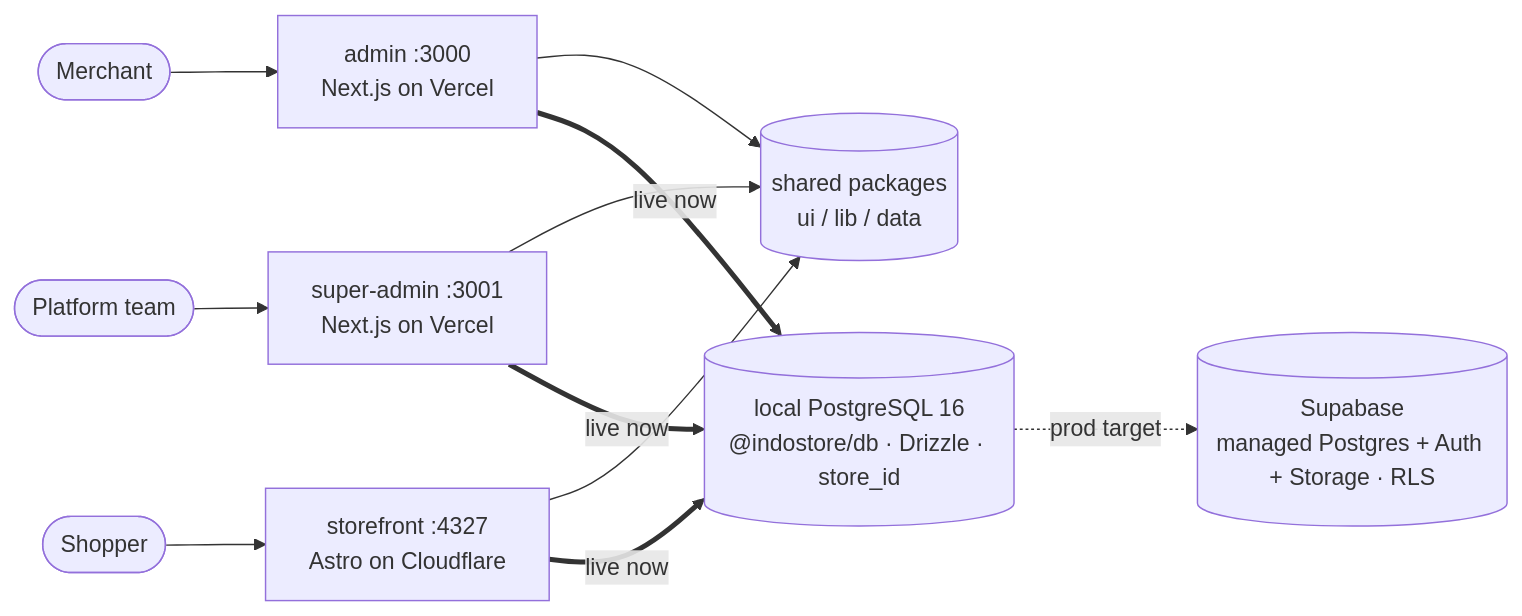
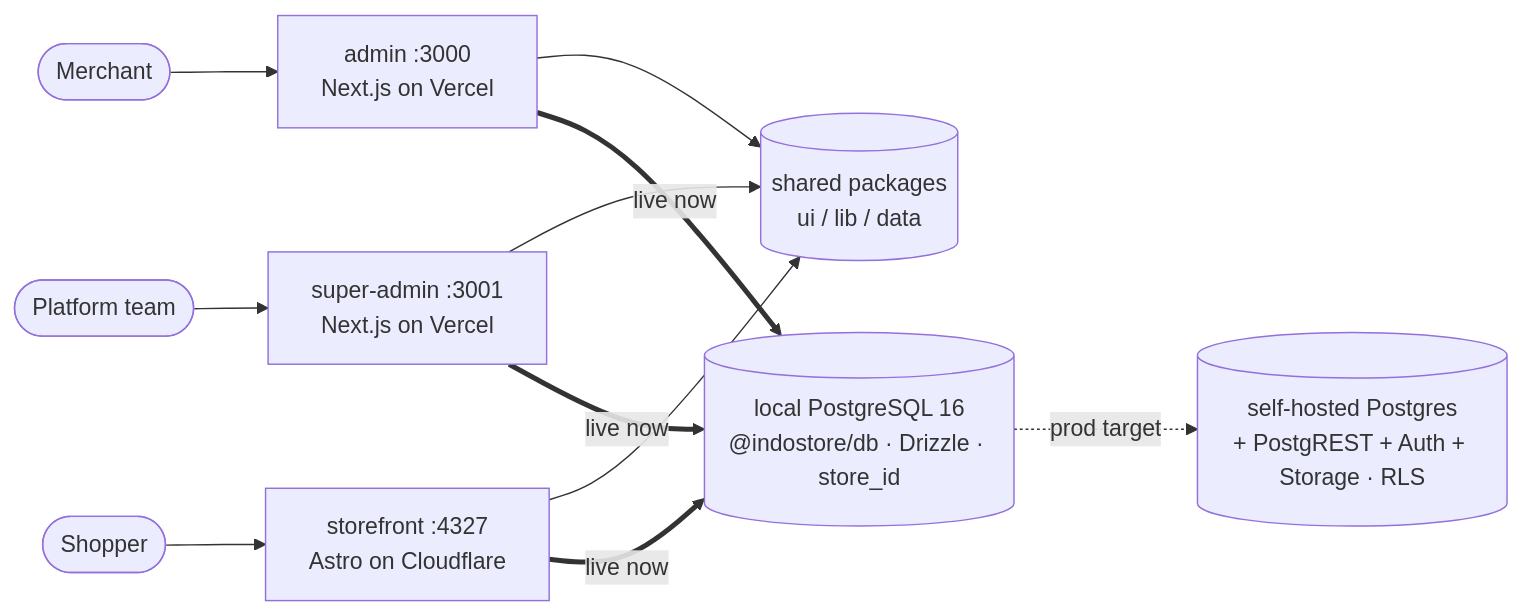
Before and after one commit to ongkipro/tokophi: the first of 2 diagrams in specs/docs/ARCHITECTURE.md, drawn with Mermaid. The commit also changed other lines of this file and 17 other files, not shown here.

First line of the commit message:
docs: prod backend = self-hosted Postgres + PostgREST on VPS (not Supabase)

````diff
--- a/specs/docs/ARCHITECTURE.md
+++ b/specs/docs/ARCHITECTURE.md
@@ -19,15 +19,15 @@
 ```mermaid
 flowchart LR
   Merchant([Merchant]) --> Admin[admin :3000<br/>Next.js on Vercel]
   Platform([Platform team]) --> Super[super-admin :3001<br/>Next.js on Vercel]
   Shopper([Shopper]) --> Store[storefront :4327<br/>Astro on Cloudflare]
 
   Admin --> Shared[(shared packages<br/>ui / lib / data)]
   Super --> Shared
   Store --> Shared
 
   Super ==>|live now| PG[(local PostgreSQL 16<br/>@indostore/db · Drizzle · store_id)]
   Admin ==>|live now| PG
   Store ==>|live now| PG
-  PG -. prod target .-> Supabase[(Supabase<br/>managed Postgres + Auth + Storage · RLS)]
+  PG -. prod target .-> VPS[(self-hosted Postgres<br/>+ PostgREST + Auth + Storage · RLS)]
 ```
````
